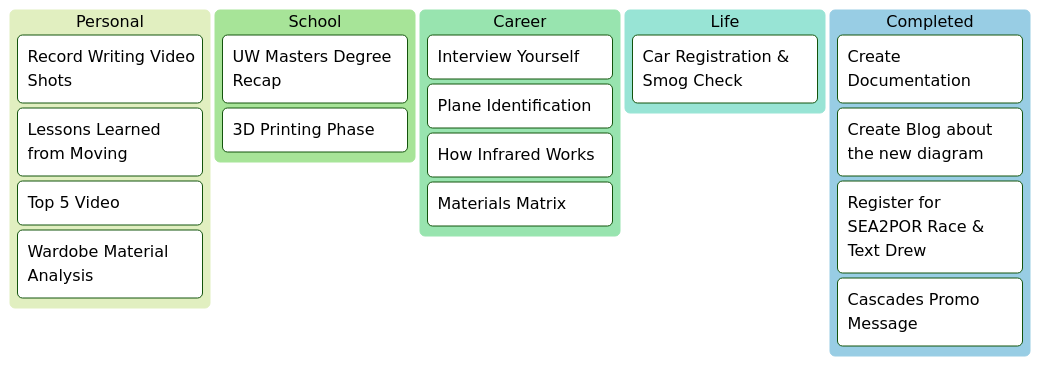
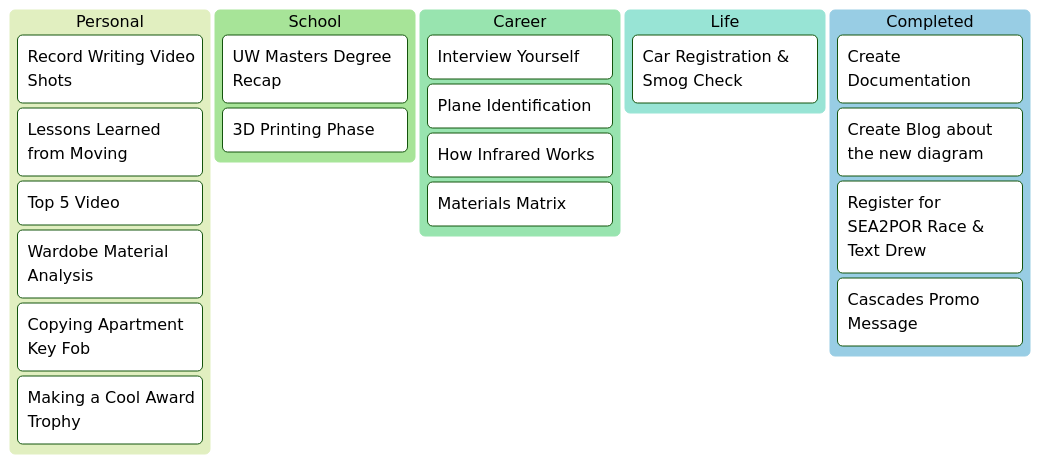
One commit to Bailey-Wu/Bailey-Wu changed the second of 3 diagrams in Dashboard.md. Above: the diagram before and after it, drawn with Mermaid.

````diff
--- a/Dashboard.md
+++ b/Dashboard.md
@@ -33,24 +33,26 @@
 ```mermaid
 %%{init: {'theme':'forest'}}%%
 kanban
   [Personal]
     [Record Writing Video Shots]
     [Lessons Learned from Moving]
     [Top 5 Video]
     [Wardobe Material Analysis]
+    [Copying Apartment Key Fob]
+    [Making a Cool Award Trophy]
   [School]
     [UW Masters Degree Recap]
     [3D Printing Phase]
   [Career]
     [Interview Yourself]
     [Plane Identification]
     [How Infrared Works]
     [Materials Matrix]
   [Life]
     [Car Registration & Smog Check]
   [Completed]
     [Create Documentation]
     [Create Blog about the new diagram]
     [Register for SEA2POR Race & Text Drew]
     [Cascades Promo Message]
 ```
````
